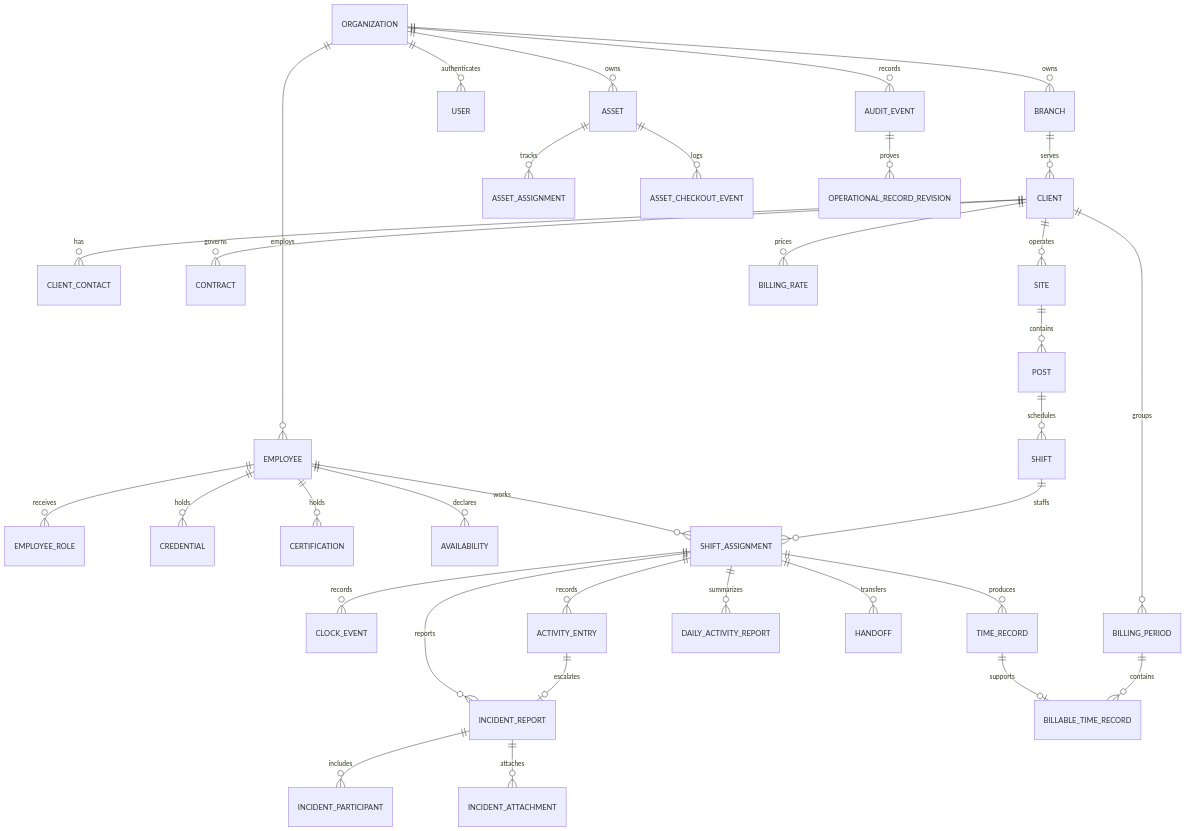
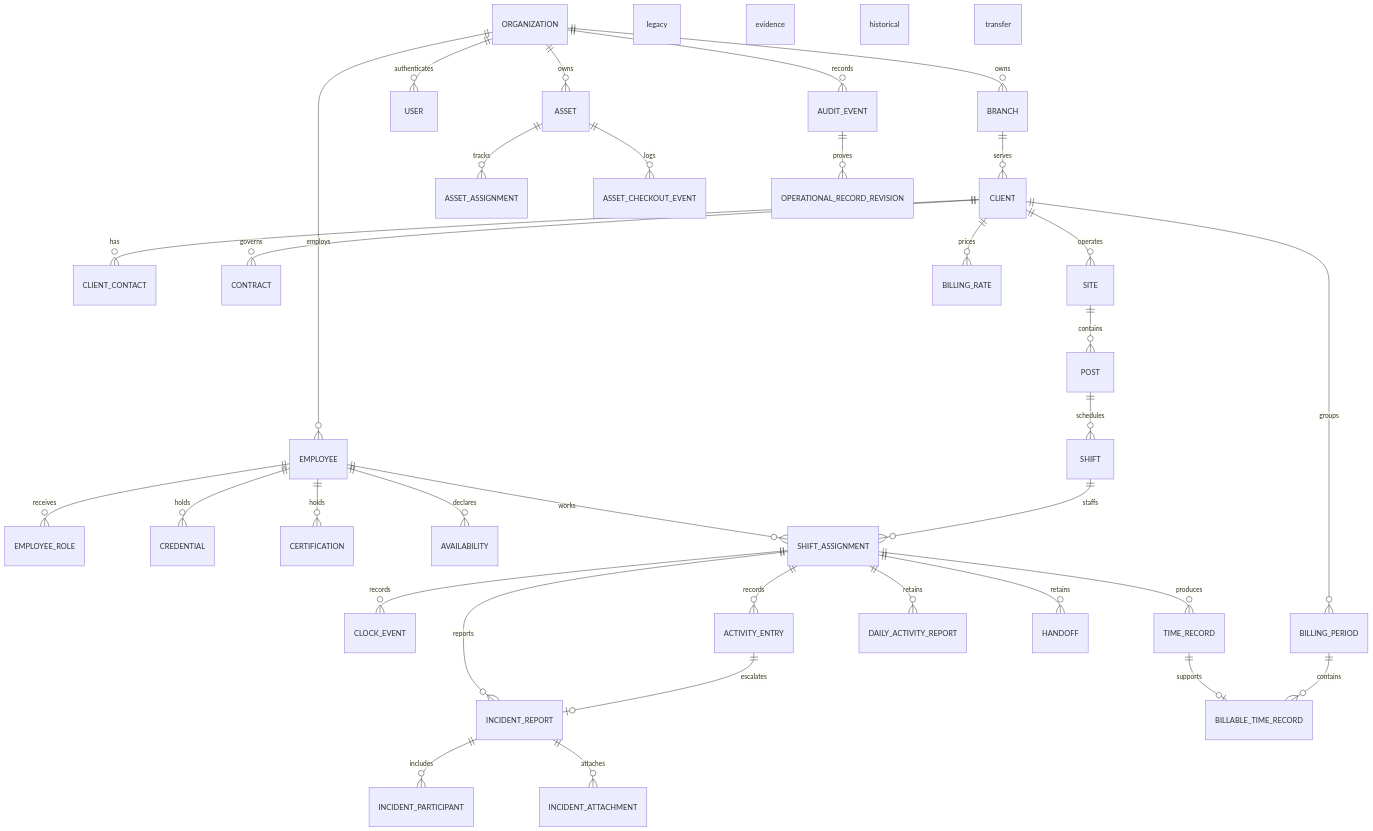
The diagram in docs/domain-model.md (brendanb-pm/project-nexus), drawn with Mermaid before and after one commit. The commit also changed other lines of this file and 11 other files, not shown here.

````diff
--- a/docs/domain-model.md
+++ b/docs/domain-model.md
@@ -5,36 +5,36 @@
 ```mermaid
 erDiagram
   ORGANIZATION ||--o{ BRANCH : owns
   ORGANIZATION ||--o{ USER : authenticates
   ORGANIZATION ||--o{ EMPLOYEE : employs
   BRANCH ||--o{ CLIENT : serves
   CLIENT ||--o{ CLIENT_CONTACT : has
   CLIENT ||--o{ CONTRACT : governs
   CLIENT ||--o{ SITE : operates
   SITE ||--o{ POST : contains
   POST ||--o{ SHIFT : schedules
   EMPLOYEE ||--o{ EMPLOYEE_ROLE : receives
   EMPLOYEE ||--o{ CREDENTIAL : holds
   EMPLOYEE ||--o{ CERTIFICATION : holds
   EMPLOYEE ||--o{ AVAILABILITY : declares
   SHIFT ||--o{ SHIFT_ASSIGNMENT : staffs
   EMPLOYEE ||--o{ SHIFT_ASSIGNMENT : works
   SHIFT_ASSIGNMENT ||--o{ CLOCK_EVENT : records
   SHIFT_ASSIGNMENT ||--o{ TIME_RECORD : produces
   SHIFT_ASSIGNMENT ||--o{ ACTIVITY_ENTRY : records
   ACTIVITY_ENTRY ||--o| INCIDENT_REPORT : escalates
-  SHIFT_ASSIGNMENT ||--o{ DAILY_ACTIVITY_REPORT : summarizes
+  SHIFT_ASSIGNMENT ||--o{ DAILY_ACTIVITY_REPORT : retains legacy evidence
   SHIFT_ASSIGNMENT ||--o{ INCIDENT_REPORT : reports
-  SHIFT_ASSIGNMENT ||--o{ HANDOFF : transfers
+  SHIFT_ASSIGNMENT ||--o{ HANDOFF : retains historical transfer evidence
   INCIDENT_REPORT ||--o{ INCIDENT_PARTICIPANT : includes
   INCIDENT_REPORT ||--o{ INCIDENT_ATTACHMENT : attaches
   ORGANIZATION ||--o{ ASSET : owns
   ASSET ||--o{ ASSET_ASSIGNMENT : tracks
   ASSET ||--o{ ASSET_CHECKOUT_EVENT : logs
   CLIENT ||--o{ BILLING_RATE : prices
   CLIENT ||--o{ BILLING_PERIOD : groups
   BILLING_PERIOD ||--o{ BILLABLE_TIME_RECORD : contains
   TIME_RECORD ||--o| BILLABLE_TIME_RECORD : supports
   ORGANIZATION ||--o{ AUDIT_EVENT : records
   AUDIT_EVENT ||--o{ OPERATIONAL_RECORD_REVISION : proves
 ```
````
